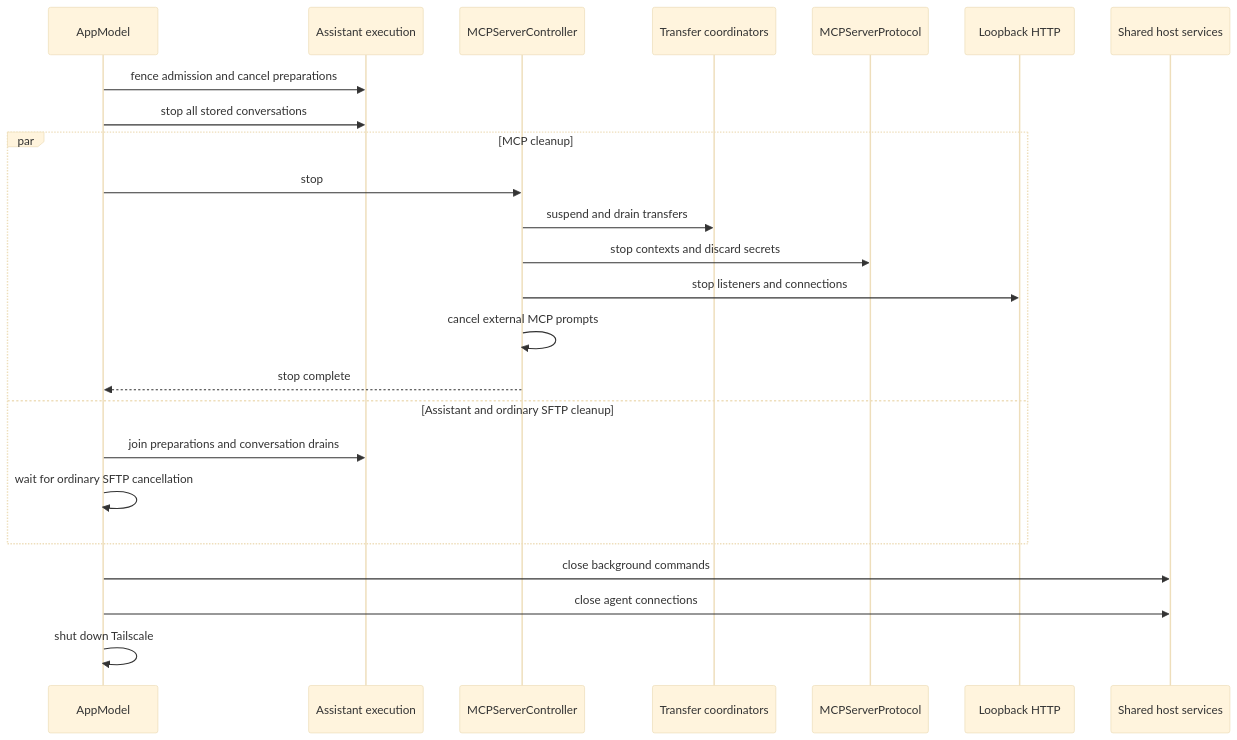
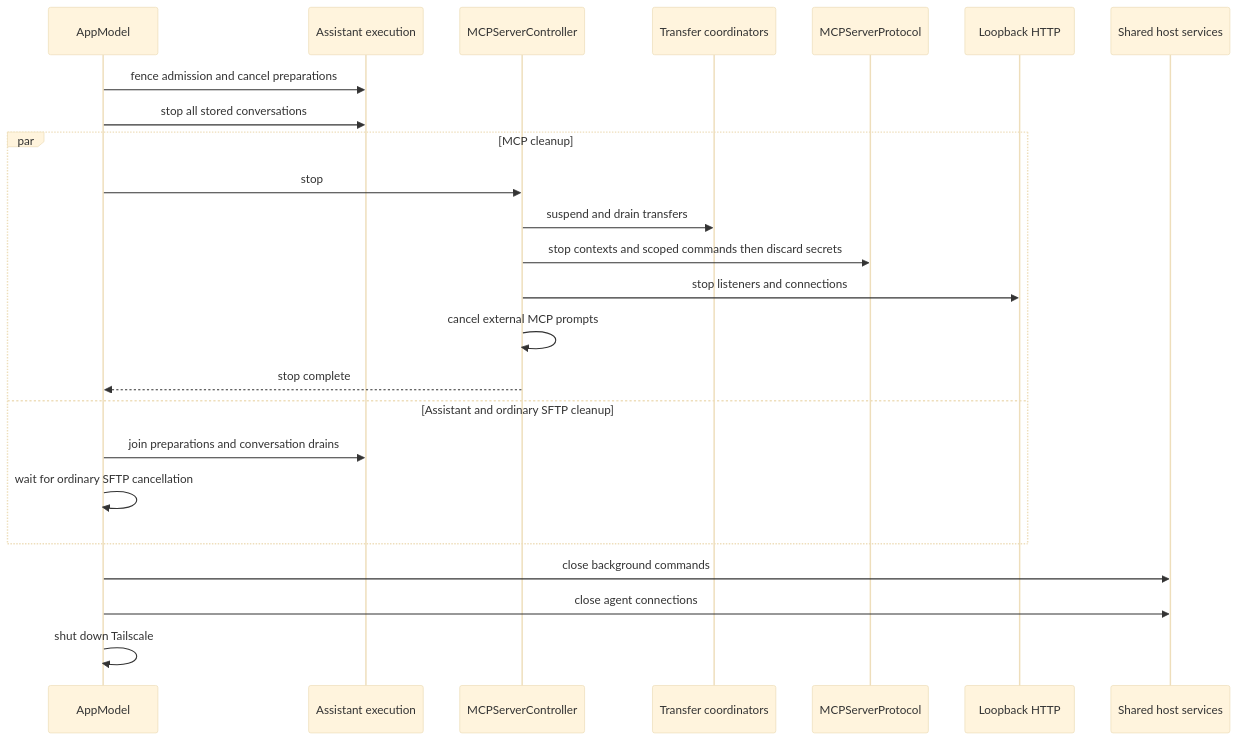
One commit to AkinoKaede/Termind changed the second of 6 diagrams in openwiki/integrations/mcp-server-and-bridge.md. Above: the diagram before and after it, drawn with Mermaid (base theme). The commit also changed other lines of this file and 61 other files, not shown here.

````diff
--- a/openwiki/integrations/mcp-server-and-bridge.md
+++ b/openwiki/integrations/mcp-server-and-bridge.md
@@ -113,26 +117,26 @@
 ```mermaid
 sequenceDiagram
     participant App as AppModel
     participant Assistant as Assistant execution
     participant MCP as MCPServerController
     participant Tools as Transfer coordinators
     participant Protocol as MCPServerProtocol
     participant HTTP as Loopback HTTP
     participant Shared as Shared host services
     App->>Assistant: fence admission and cancel preparations
     App->>Assistant: stop all stored conversations
     par MCP cleanup
         App->>MCP: stop
         MCP->>Tools: suspend and drain transfers
-        MCP->>Protocol: stop contexts and discard secrets
+        MCP->>Protocol: stop contexts and scoped commands then discard secrets
         MCP->>HTTP: stop listeners and connections
         MCP->>MCP: cancel external MCP prompts
         MCP-->>App: stop complete
     and Assistant and ordinary SFTP cleanup
         App->>Assistant: join preparations and conversation drains
         App->>App: wait for ordinary SFTP cancellation
     end
     App->>Shared: close background commands
     App->>Shared: close agent connections
     App->>App: shut down Tailscale
 ```
````
